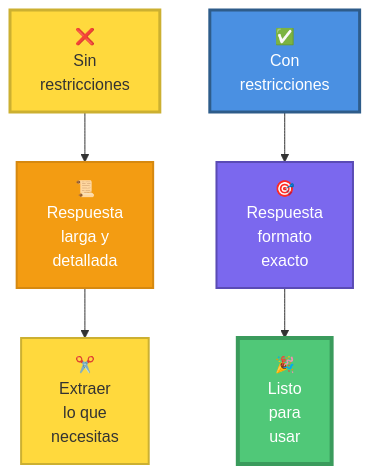
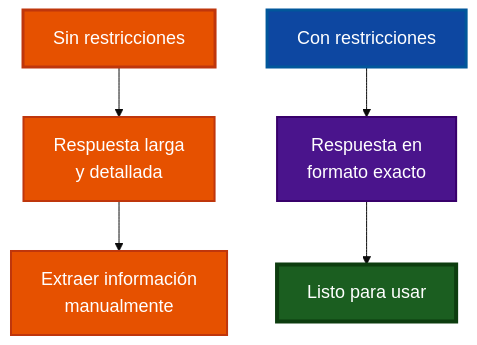
One commit to Ai-Whisperers/Courses-Content changed diagram 14 of 18 in courses/🟡-development/FPUNA-2026/00-FUNDAMENTOS-PRINCIPALES/03-ingenieria-prompts.md. Above: the diagram before and after it, drawn with Mermaid. The commit also changed other lines of this file and 47 other files, not shown here.

First line of the commit message:
fix: Make all 473 diagrams WCAG AAA accessible (FPUNA-2026)

````diff
--- a/courses/🟡-development/FPUNA-2026/00-FUNDAMENTOS-PRINCIPALES/03-ingenieria-prompts.md
+++ b/courses/🟡-development/FPUNA-2026/00-FUNDAMENTOS-PRINCIPALES/03-ingenieria-prompts.md
@@ -890,15 +907,16 @@
 ```mermaid
+%%{init: {'theme':'base', 'themeVariables': {'fontSize':'18px'}}}%%
 flowchart TD
-    A["❌<br/>Sin<br/>restricciones"] --> B["📜<br/>Respuesta<br/>larga y<br/>detallada"]
-    B --> C["✂️<br/>Extraer<br/>lo que<br/>necesitas"]
+    A["Sin restricciones"] --> B["Respuesta larga<br>y detallada"]
+    B --> C["Extraer información<br>manualmente"]
     
-    D["✅<br/>Con<br/>restricciones"] --> E["🎯<br/>Respuesta<br/>formato<br/>exacto"]
-    E --> F["🎉<br/>Listo<br/>para<br/>usar"]
+    D["Con restricciones"] --> E["Respuesta en<br>formato exacto"]
+    E --> F["Listo para usar"]
     
-    style A fill:#FFD93D,stroke:#CCB031,stroke-width:3px,color:#333
-    style B fill:#F39C12,stroke:#D68910,stroke-width:2px,color:#fff
-    style C fill:#FFD93D,stroke:#CCB031,stroke-width:2px,color:#333
-    style D fill:#4A90E2,stroke:#2E5C8A,stroke-width:3px,color:#fff
-    style E fill:#7B68EE,stroke:#5A4BB5,stroke-width:2px,color:#fff
-    style F fill:#50C878,stroke:#3A9B5C,stroke-width:4px,color:#fff
+    style A fill:#e65100,stroke:#bf360c,stroke-width:3px,color:#fff
+    style B fill:#e65100,stroke:#bf360c,stroke-width:2px,color:#fff
+    style C fill:#e65100,stroke:#bf360c,stroke-width:2px,color:#fff
+    style D fill:#0d47a1,stroke:#01579b,stroke-width:3px,color:#fff
+    style E fill:#4a148c,stroke:#38006b,stroke-width:2px,color:#fff
+    style F fill:#1b5e20,stroke:#0d3d0f,stroke-width:4px,color:#fff
 ```
````
